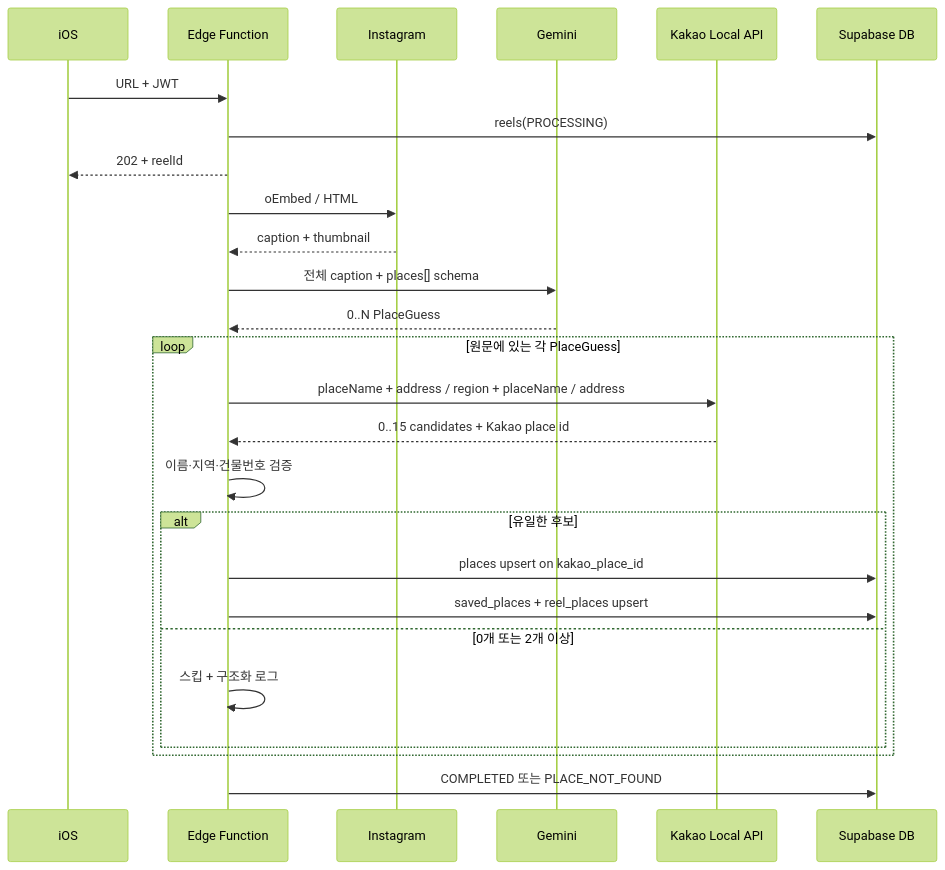
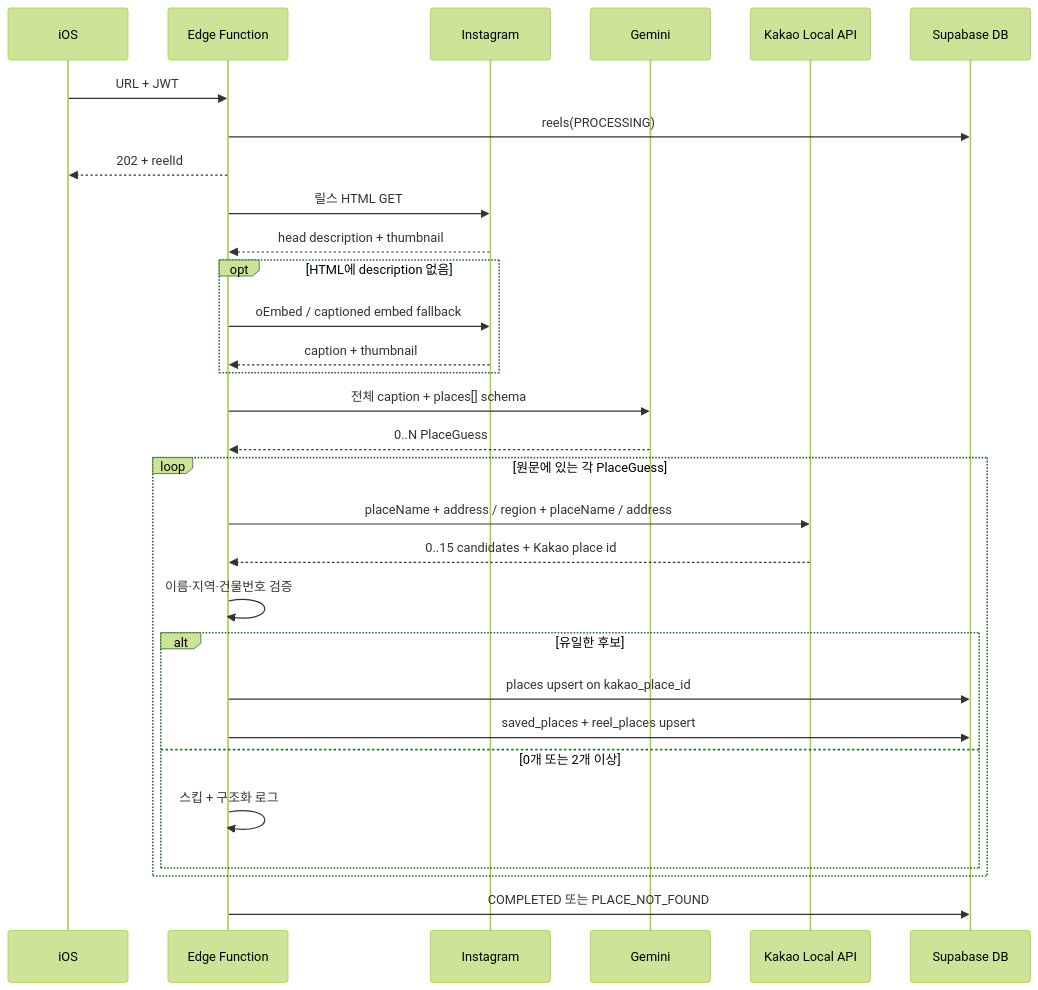
Before and after one commit to Jiihyun/yeogidam: the second of 2 diagrams in docs/mvp-place-matching-release-report.md, drawn with Mermaid (forest theme). The commit also changed other lines of this file and 5 other files, not shown here.

````diff
--- a/docs/mvp-place-matching-release-report.md
+++ b/docs/mvp-place-matching-release-report.md
@@ -61,29 +65,33 @@
 ```mermaid
 sequenceDiagram
     participant App as iOS
     participant Fn as Edge Function
     participant IG as Instagram
     participant AI as Gemini
     participant K as Kakao Local API
     participant DB as Supabase DB
 
     App->>Fn: URL + JWT
     Fn->>DB: reels(PROCESSING)
     Fn-->>App: 202 + reelId
-    Fn->>IG: oEmbed / HTML
-    IG-->>Fn: caption + thumbnail
+    Fn->>IG: 릴스 HTML GET
+    IG-->>Fn: head description + thumbnail
+    opt HTML에 description 없음
+        Fn->>IG: oEmbed / captioned embed fallback
+        IG-->>Fn: caption + thumbnail
+    end
     Fn->>AI: 전체 caption + places[] schema
     AI-->>Fn: 0..N PlaceGuess
     loop 원문에 있는 각 PlaceGuess
         Fn->>K: placeName + address / region + placeName / address
         K-->>Fn: 0..15 candidates + Kakao place id
         Fn->>Fn: 이름·지역·건물번호 검증
         alt 유일한 후보
             Fn->>DB: places upsert on kakao_place_id
             Fn->>DB: saved_places + reel_places upsert
         else 0개 또는 2개 이상
             Fn->>Fn: 스킵 + 구조화 로그
         end
     end
     Fn->>DB: COMPLETED 또는 PLACE_NOT_FOUND
 ```
````
